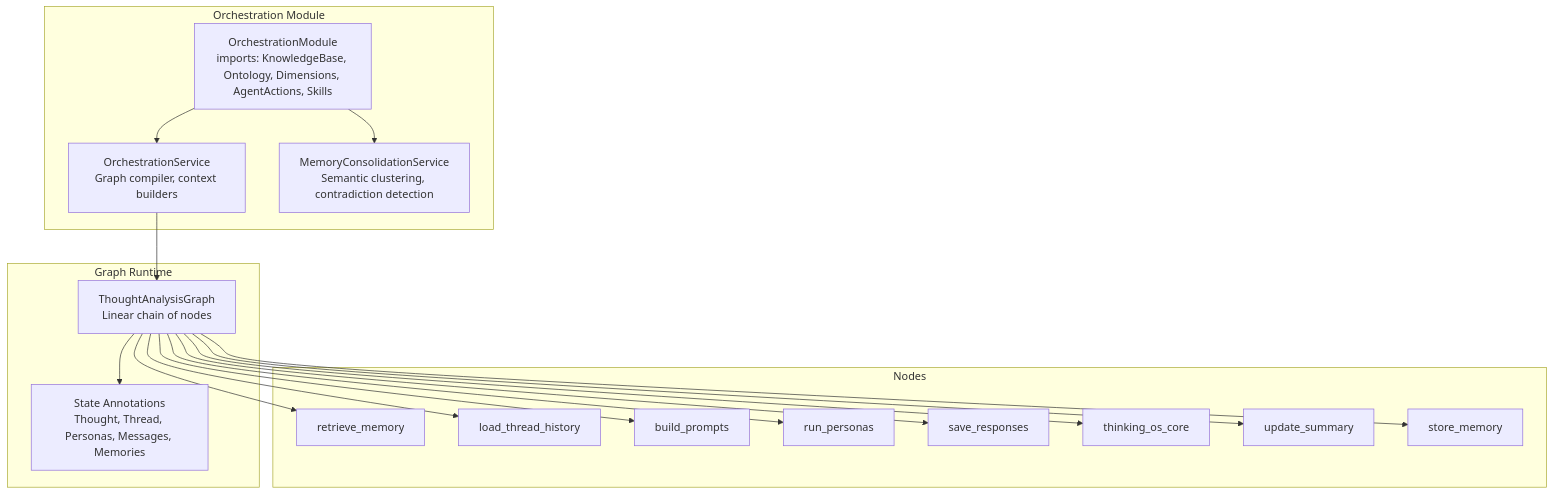
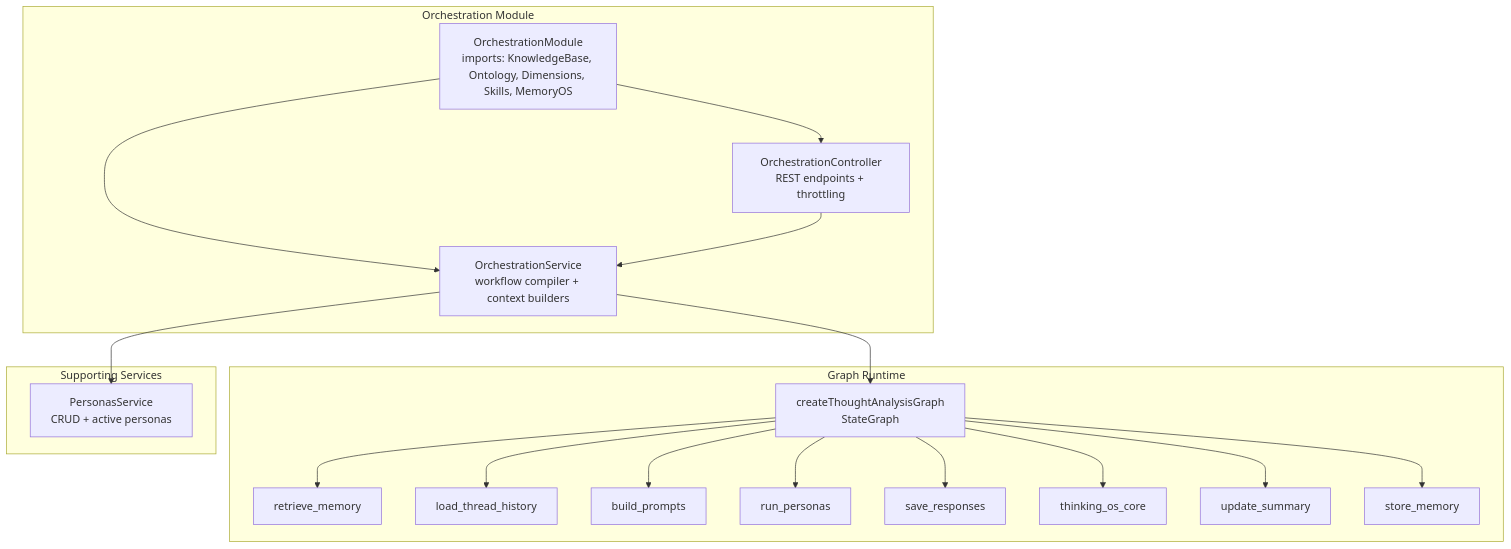
Before and after one commit to statgod6/4ever: the first of 9 diagrams in .qoder/repowiki/en/content/Core Features/Thought & Memory System/Persona Orchestration Engine.md, drawn with Mermaid. The commit also changed other lines of this file and 116 other files, not shown here.

````diff
--- a/.qoder/repowiki/en/content/Core Features/Thought & Memory System/Persona Orchestration Engine.md
+++ b/.qoder/repowiki/en/content/Core Features/Thought & Memory System/Persona Orchestration Engine.md
@@ -37,34 +38,35 @@
 ```mermaid
 graph TB
 subgraph "Orchestration Module"
-OM["OrchestrationModule<br/>imports: KnowledgeBase, Ontology, Dimensions, AgentActions, Skills"]
-OS["OrchestrationService<br/>Graph compiler, context builders"]
-MCS["MemoryConsolidationService<br/>Semantic clustering, contradiction detection"]
+OM["OrchestrationModule<br/>imports: KnowledgeBase, Ontology, Dimensions, Skills, MemoryOS"]
+OS["OrchestrationService<br/>workflow compiler + context builders"]
+OC["OrchestrationController<br/>REST endpoints + throttling"]
 end
 subgraph "Graph Runtime"
-TG["ThoughtAnalysisGraph<br/>Linear chain of nodes"]
-ST["State Annotations<br/>Thought, Thread, Personas, Messages, Memories"]
-end
-subgraph "Nodes"
+TG["createThoughtAnalysisGraph<br/>StateGraph"]
 RM["retrieve_memory"]
 LTH["load_thread_history"]
 BP["build_prompts"]
 RP["run_personas"]
 SR["save_responses"]
 TOC["thinking_os_core"]
 US["update_summary"]
 SM["store_memory"]
 end
+subgraph "Supporting Services"
+PS["PersonasService<br/>CRUD + active personas"]
+end
 OM --> OS
-OM --> MCS
+OM --> OC
 OS --> TG
-TG --> ST
 TG --> RM
 TG --> LTH
 TG --> BP
 TG --> RP
 TG --> SR
 TG --> TOC
 TG --> US
 TG --> SM
+OC --> OS
+OS --> PS
 ```
````
